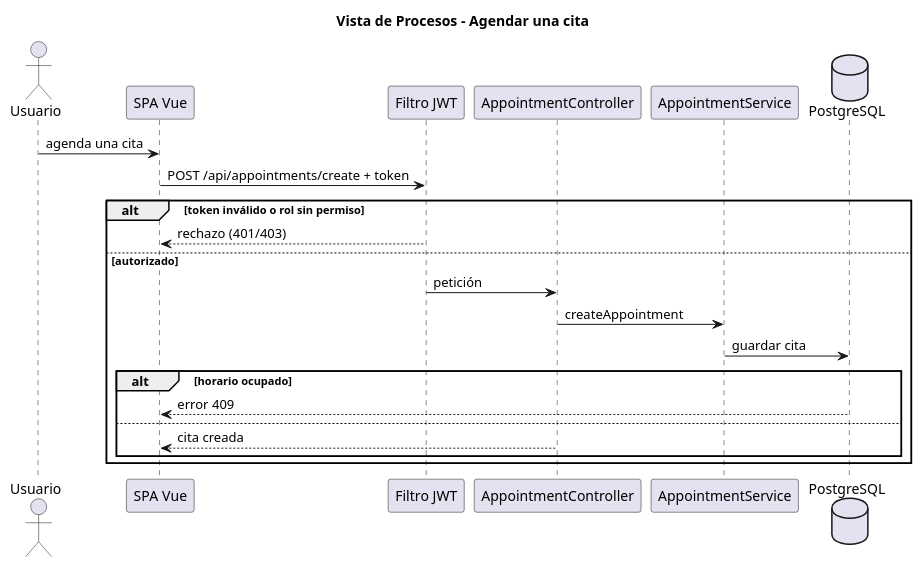
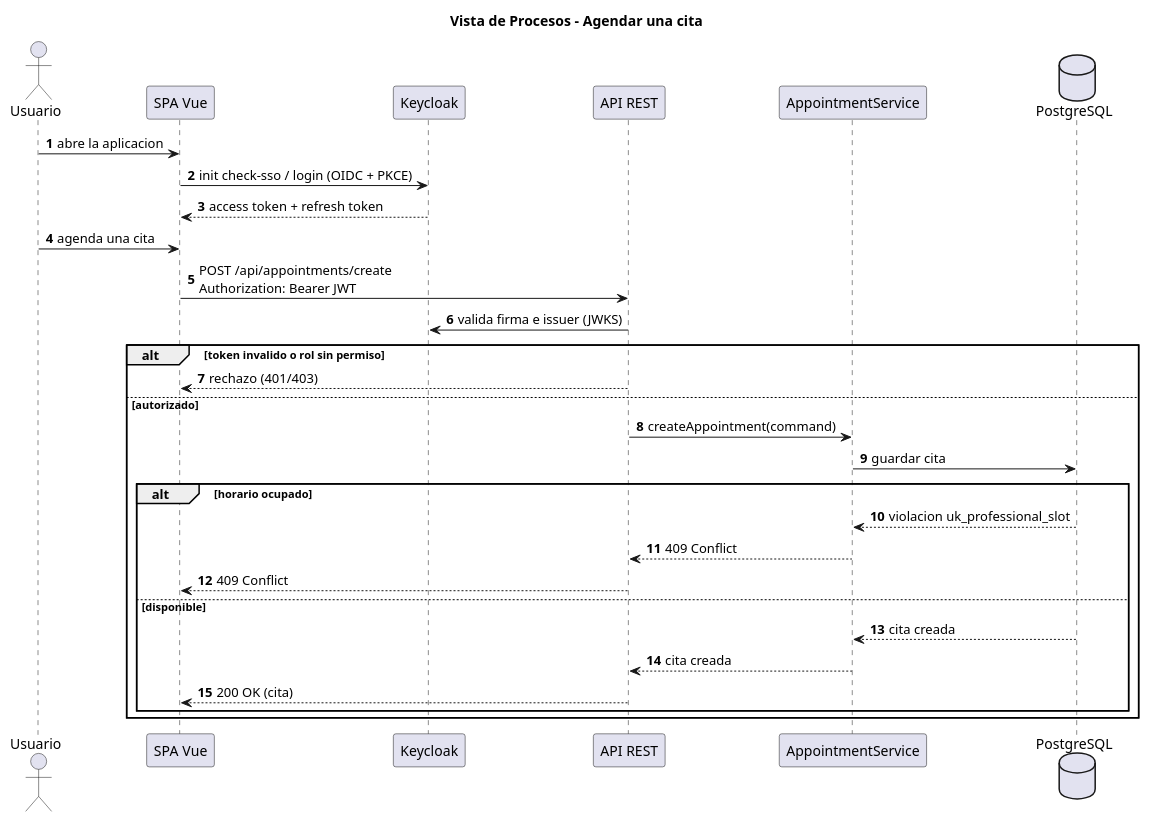
One commit to astern22/Piedrazul changed the diagram in docs/4 + 1/vista-procesos.puml. Above: the diagram before and after it, drawn with PlantUML. The commit also changed 36 other files, not shown here.

```diff
--- a/docs/4 + 1/vista-procesos.puml
+++ b/docs/4 + 1/vista-procesos.puml
@@ -1,23 +1,36 @@
 @startuml
 title Vista de Procesos - Agendar una cita
+autonumber
+
 actor Usuario
 participant "SPA Vue" as SPA
-participant "Filtro JWT" as F
-participant AppointmentController as C
-participant AppointmentService as S
-database PostgreSQL as DB
+participant "Keycloak" as KC
+participant "API REST" as API
+participant "AppointmentService" as S
+database "PostgreSQL" as DB
+
+Usuario -> SPA : abre la aplicacion
+SPA -> KC : init check-sso / login (OIDC + PKCE)
+KC --> SPA : access token + refresh token
+
 Usuario -> SPA : agenda una cita
-SPA -> F : POST /api/appointments/create + token
-alt token inválido o rol sin permiso
-  F --> SPA : rechazo (401/403)
+SPA -> API : POST /api/appointments/create\nAuthorization: Bearer JWT
+API -> KC : valida firma e issuer (JWKS)
+
+alt token invalido o rol sin permiso
+  API --> SPA : rechazo (401/403)
 else autorizado
-  F -> C : petición
-  C -> S : createAppointment
+  API -> S : createAppointment(command)
   S -> DB : guardar cita
+
   alt horario ocupado
-    DB --> SPA : error 409
-  else
-    C --> SPA : cita creada
+    DB --> S : violacion uk_professional_slot
+    S --> API : 409 Conflict
+    API --> SPA : 409 Conflict
+  else disponible
+    DB --> S : cita creada
+    S --> API : cita creada
+    API --> SPA : 200 OK (cita)
   end
 end
 @enduml
```
